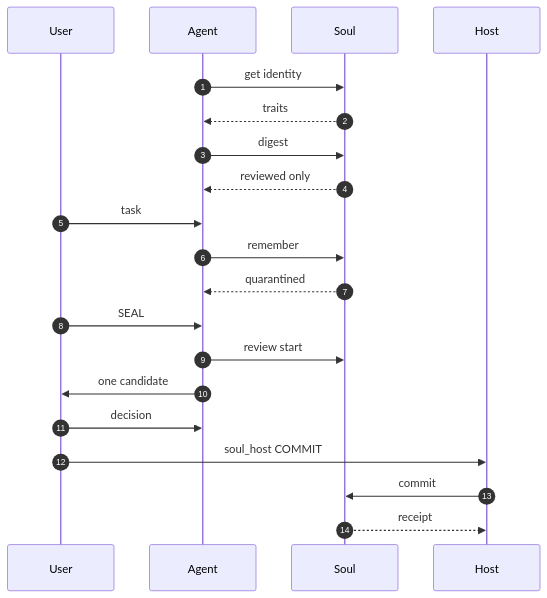
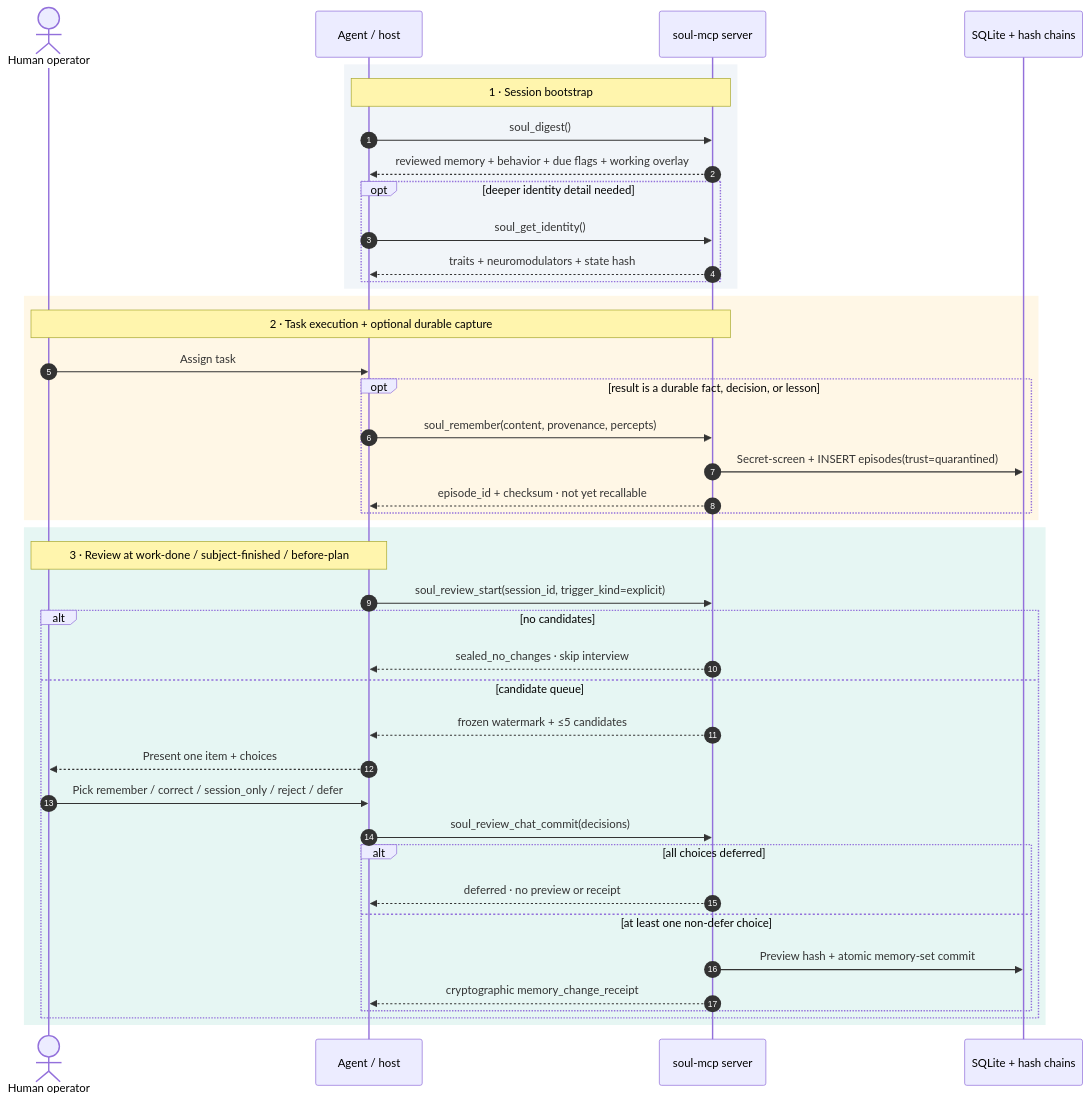
Before and after one commit to Azhonaras/soul-engine: the second of 2 diagrams in docs/MCP_TOOL_USAGE_GUIDELINE.md, drawn with Mermaid. The commit also changed other lines of this file and 69 other files, not shown here.

Commit message:
feat(release): v1.2.0 - Epistemic Bio-Homeostatic Identity & Memory Kernel with 23 MCP Tools, Tiered Out-of-Band Human Governance & Mechanism Verification

````diff
--- a/docs/MCP_TOOL_USAGE_GUIDELINE.md
+++ b/docs/MCP_TOOL_USAGE_GUIDELINE.md
@@ -75,23 +100,47 @@
 ```mermaid
 sequenceDiagram
     autonumber
-    participant User
-    participant Agent
-    participant Soul
-    participant Host
+    actor User as Human operator
+    participant Agent as Agent / host
+    participant Soul as soul-mcp server
+    participant DB as SQLite + hash chains
 
-    Agent->>Soul: get identity
-    Soul-->>Agent: traits
-    Agent->>Soul: digest
-    Soul-->>Agent: reviewed only
-    User->>Agent: task
-    Agent->>Soul: remember
-    Soul-->>Agent: quarantined
-    User->>Agent: SEAL
-    Agent->>Soul: review start
-    Agent->>User: one candidate
-    User->>Agent: decision
-    User->>Host: soul_host COMMIT
-    Host->>Soul: commit
-    Soul-->>Host: receipt
+    rect rgb(241, 245, 249)
+        Note over Agent,Soul: 1 · Session bootstrap
+        Agent->>Soul: soul_digest()
+        Soul-->>Agent: reviewed memory + behavior + due flags + working overlay
+        opt deeper identity detail needed
+            Agent->>Soul: soul_get_identity()
+            Soul-->>Agent: traits + neuromodulators + state hash
+        end
+    end
+
+    rect rgb(255, 247, 230)
+        Note over User,Soul: 2 · Task execution + optional durable capture
+        User->>Agent: Assign task
+        opt result is a durable fact, decision, or lesson
+            Agent->>Soul: soul_remember(content, provenance, percepts)
+            Soul->>DB: Secret-screen + INSERT episodes(trust=quarantined)
+            Soul-->>Agent: episode_id + checksum · not yet recallable
+        end
+    end
+
+    rect rgb(230, 246, 243)
+        Note over Agent,User: 3 · Review at work-done / subject-finished / before-plan
+        Agent->>Soul: soul_review_start(session_id, trigger_kind=explicit)
+        alt no candidates
+            Soul-->>Agent: sealed_no_changes · skip interview
+        else candidate queue
+            Soul-->>Agent: frozen watermark + ≤5 candidates
+            Agent-->>User: Present one item + choices
+            User->>Agent: Pick remember / correct / session_only / reject / defer
+            Agent->>Soul: soul_review_chat_commit(decisions)
+            alt all choices deferred
+                Soul-->>Agent: deferred · no preview or receipt
+            else at least one non-defer choice
+                Soul->>DB: Preview hash + atomic memory-set commit
+                Soul-->>Agent: cryptographic memory_change_receipt
+            end
+        end
+    end
 ```
````
